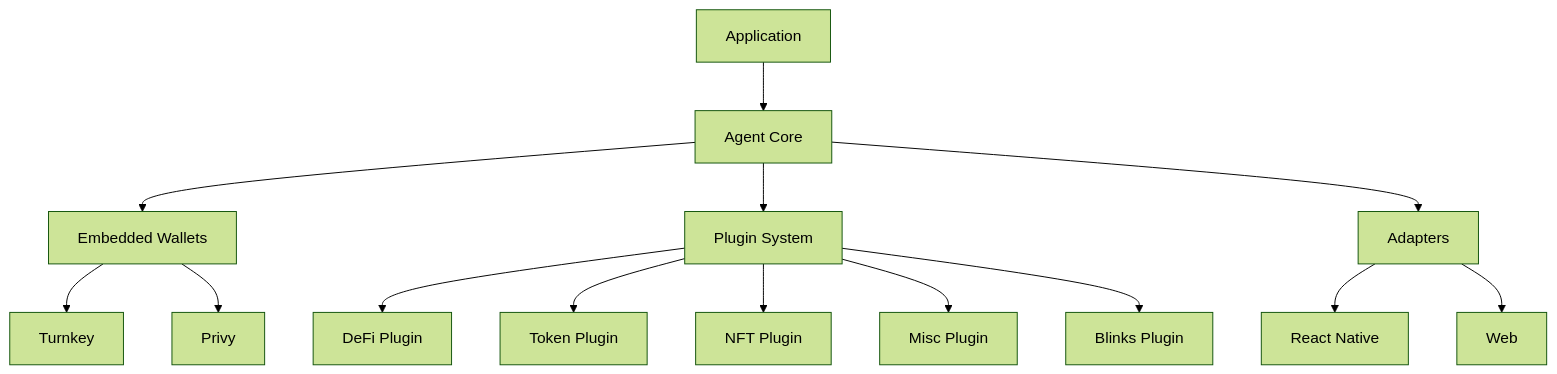
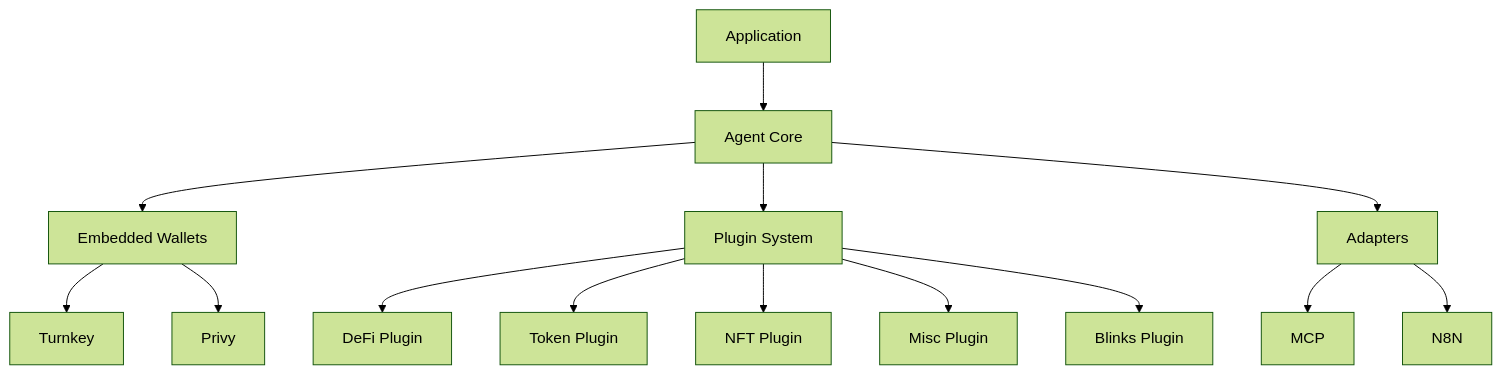
One commit to tm-0430/spindle changed the diagram in docs/v2/introduction.mdx. Above: the diagram before and after it, drawn with Mermaid (forest theme). The commit also changed other lines of this file and 10 other files, not shown here.

````diff
--- a/docs/v2/introduction.mdx
+++ b/docs/v2/introduction.mdx
@@ -50,16 +50,16 @@
 ```mermaid
 graph TD
     A[Application] --> B[Agent Core]
     B --> C[Embedded Wallets]
     C --> CT[Turnkey]
     C --> CP[Privy]
     B --> D[Plugin System]
     D --> E[DeFi Plugin]
     D --> F[Token Plugin]
     D --> G[NFT Plugin]
     D --> H[Misc Plugin]
     D --> I[Blinks Plugin]
     B --> J[Adapters]
-    J --> K[React Native]
-    J --> L[Web]
+    J --> K[MCP]
+    J --> L[N8N]
 ```
````
